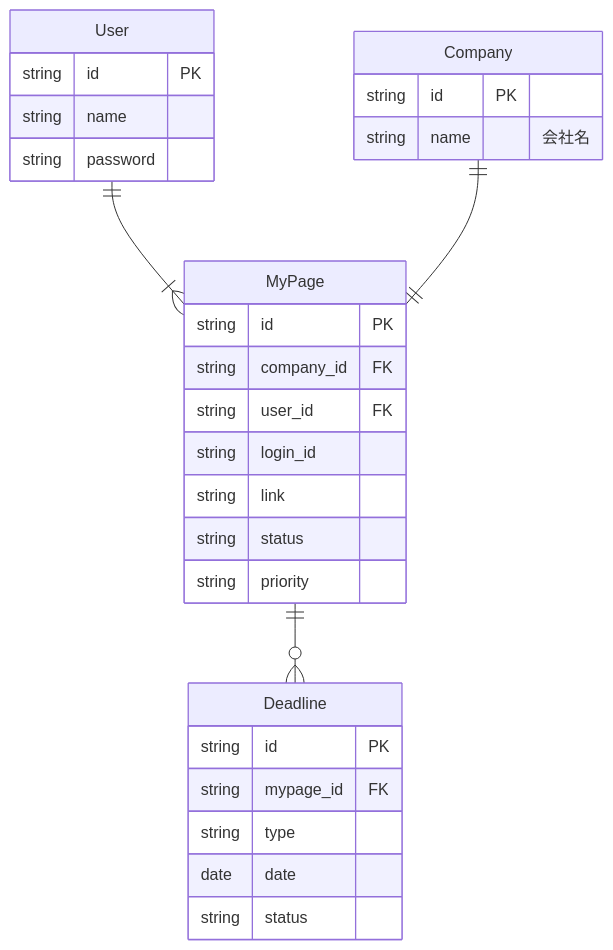
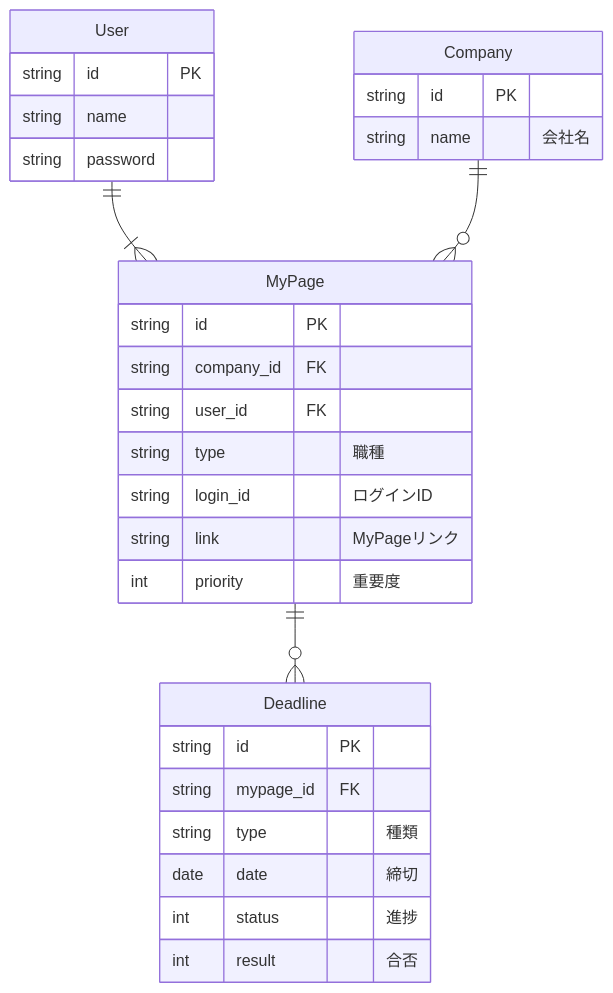
Before and after one commit to HarukiSugimoto/job_hunting_management: the diagram in README.md, drawn with Mermaid.

Commit message:
update: readme

````diff
--- a/README.md
+++ b/README.md
@@ -50,33 +50,34 @@
 ```mermaid
 erDiagram
     User{
         string id PK
         string name
         string password
     }
     Company{
         string id PK 
         string name "会社名"
     }
     MyPage{
         string id PK
         string company_id FK
         string user_id FK
-        string login_id
-        string link
-        string status
-        string priority
+        string type "職種"
+        string login_id "ログインID"
+        string link "MyPageリンク"
+        int priority "重要度"
     }
     Deadline{
         string id PK
         string mypage_id FK
-        string type
-        date date
-        string status
+        string type "種類"
+        date date "締切"
+        int status "進捗"
+        int result "合否"
     }
 
     User ||--|{ MyPage: ""
-    Company ||--|| MyPage: ""
+    Company ||--o{ MyPage: ""
     MyPage ||--o{ Deadline: ""
 
 ```
````
